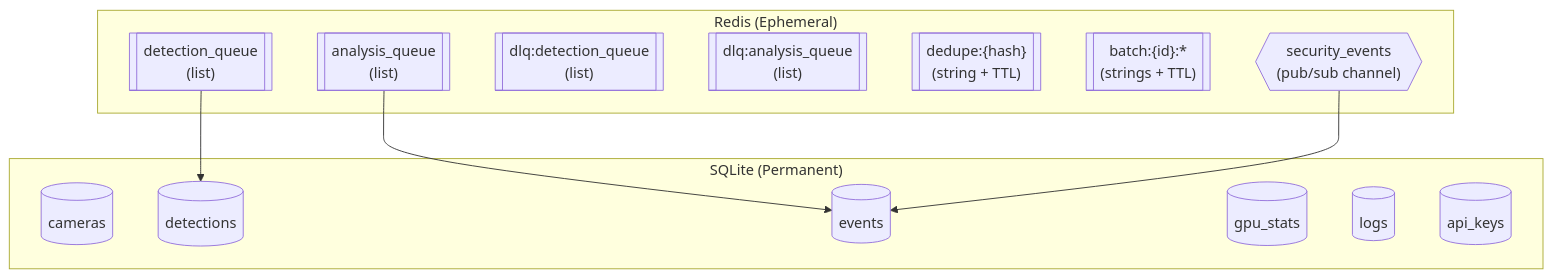
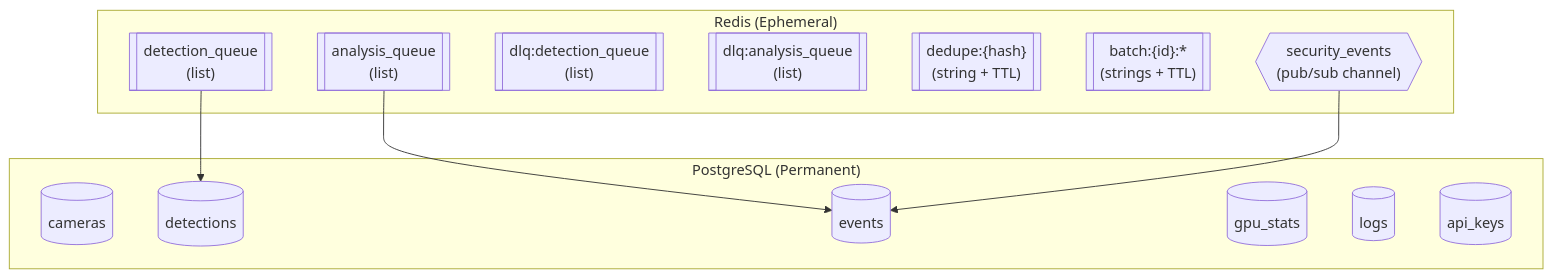
Before and after one commit to mikesvoboda/nemotron-v3-home-security-intelligence: the second of 4 diagrams in docs/architecture/data-model.md, drawn with Mermaid. The commit also changed other lines of this file and 9 other files, not shown here.

First line of the commit message:
docs: replace SQLite references with PostgreSQL throughout documentation (#52)

````diff
--- a/docs/architecture/data-model.md
+++ b/docs/architecture/data-model.md
@@ -375,25 +375,25 @@
 ```mermaid
 flowchart TB
-    subgraph Permanent["SQLite (Permanent)"]
+    subgraph Permanent["PostgreSQL (Permanent)"]
         cameras[(cameras)]
         detections[(detections)]
         events[(events)]
         gpu_stats[(gpu_stats)]
         logs[(logs)]
         api_keys[(api_keys)]
     end
 
     subgraph Ephemeral["Redis (Ephemeral)"]
         dq[["detection_queue<br/>(list)"]]
         aq[["analysis_queue<br/>(list)"]]
         ddq[["dlq:detection_queue<br/>(list)"]]
         daq[["dlq:analysis_queue<br/>(list)"]]
         dedupe[["dedupe:{hash}<br/>(string + TTL)"]]
         batch[["batch:{id}:*<br/>(strings + TTL)"]]
         pubsub{{"security_events<br/>(pub/sub channel)"}}
     end
 
     dq --> detections
     aq --> events
     pubsub --> events
 ```
````
